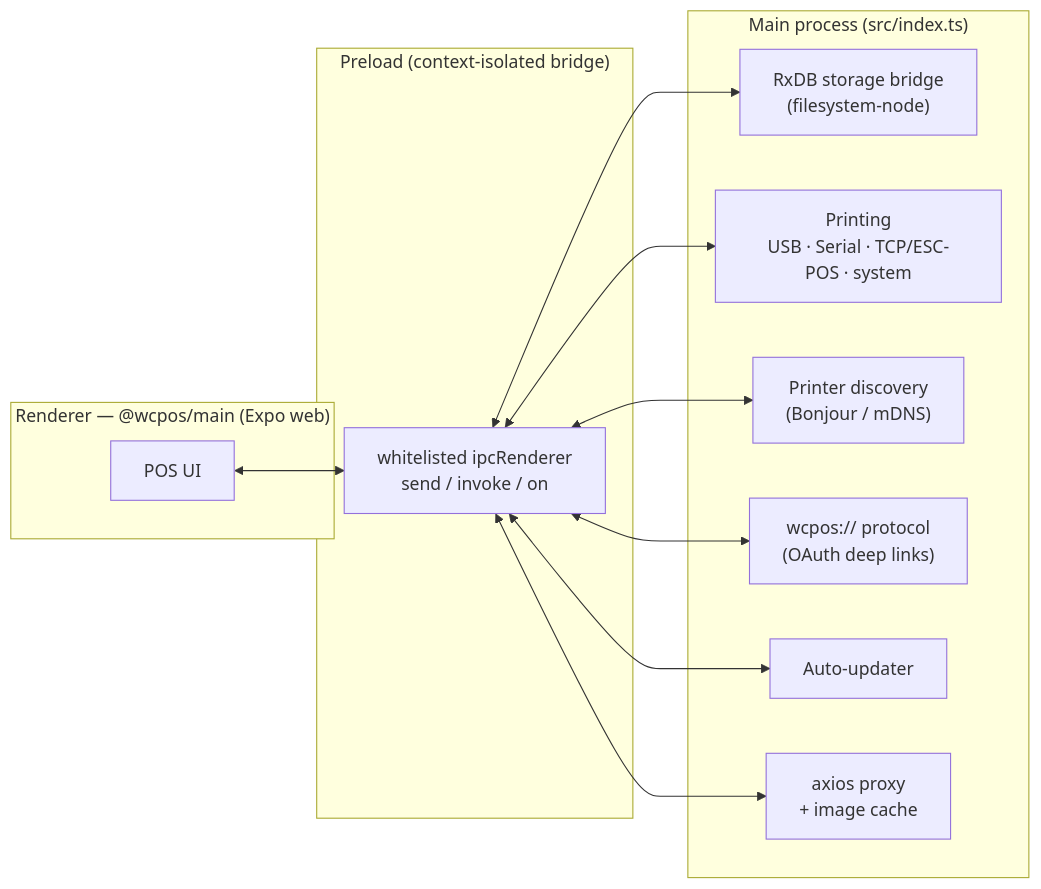
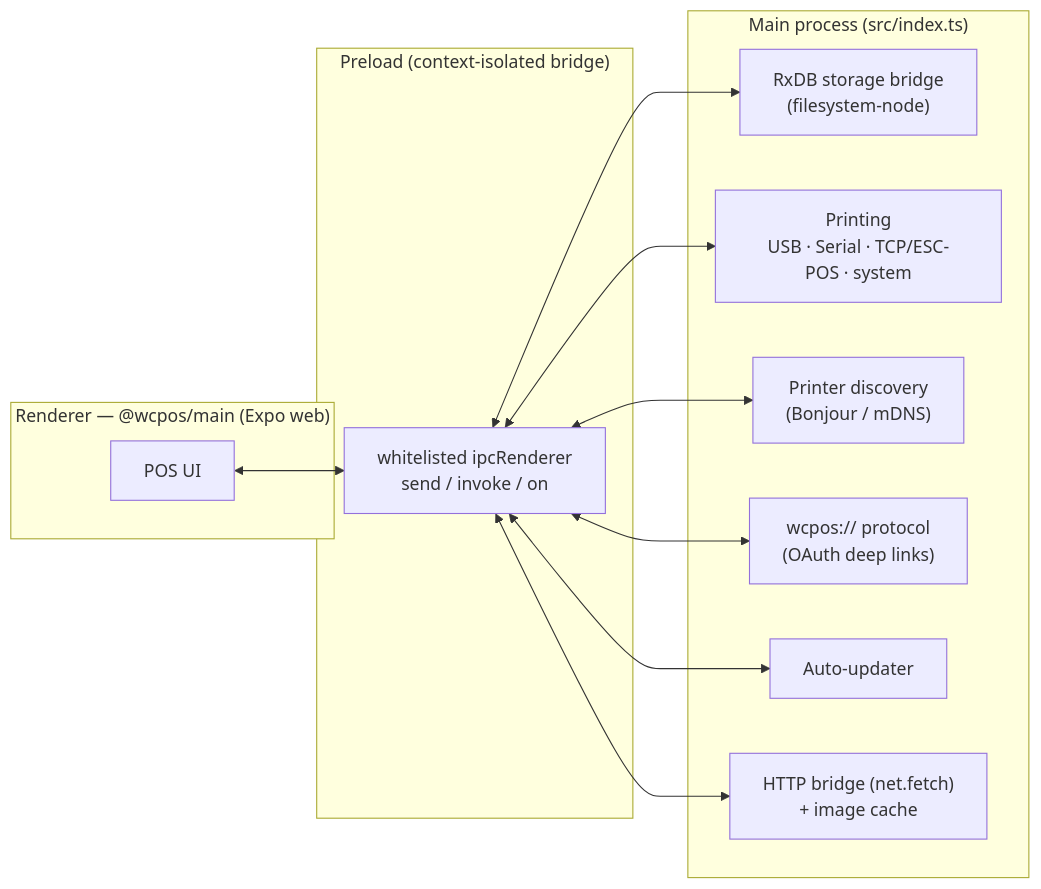
Before and after one commit to wcpos/electron: the diagram in README.md, drawn with Mermaid. The commit also changed other lines of this file, not shown here.

First line of the commit message:
docs: README follows the http-bridge rename

````diff
--- a/README.md
+++ b/README.md
@@ -53,19 +53,19 @@
 ```mermaid
 flowchart LR
     subgraph Renderer["Renderer — @wcpos/main (Expo web)"]
       UI["POS UI"]
     end
     subgraph Preload["Preload (context-isolated bridge)"]
       IPC["whitelisted ipcRenderer\nsend / invoke / on"]
     end
     subgraph Main["Main process (src/index.ts)"]
       DB["RxDB storage bridge\n(filesystem-node)"]
       PRINT["Printing\nUSB · Serial · TCP/ESC-POS · system"]
       DISCO["Printer discovery\n(Bonjour / mDNS)"]
       PROTO["wcpos:// protocol\n(OAuth deep links)"]
       UPD["Auto-updater"]
-      HTTP["axios proxy\n+ image cache"]
+      HTTP["HTTP bridge (net.fetch)\n+ image cache"]
     end
     UI <--> IPC
     IPC <--> DB & PRINT & DISCO & PROTO & UPD & HTTP
 ```
````
